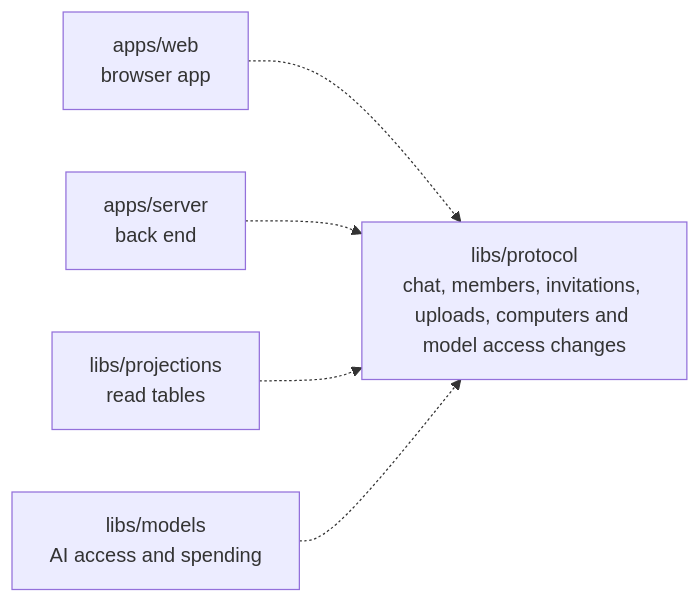
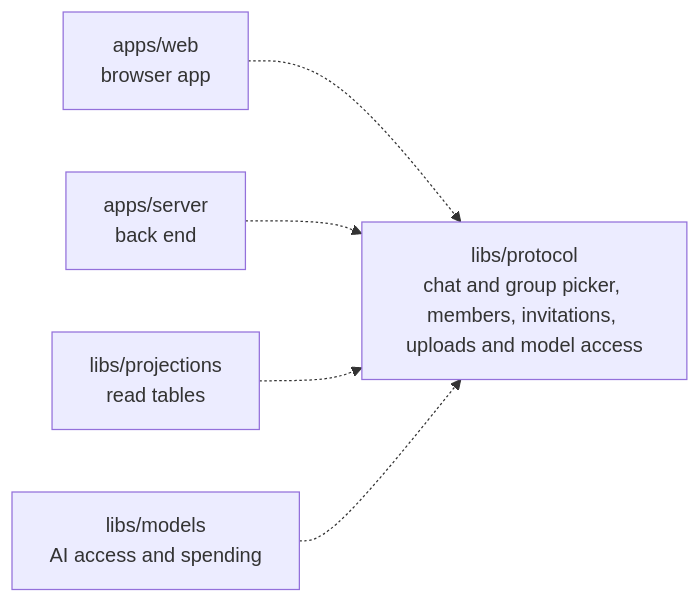
One commit to elewa-git/opencrane-new changed the diagram in libs/protocol/README.md. Above: the diagram before and after it, drawn with Mermaid. The commit also changed other lines of this file and 10 other files, not shown here.

Commit message:
👥 Let members create group chats from a reviewed audience

````diff
--- a/libs/protocol/README.md
+++ b/libs/protocol/README.md
@@ -11,7 +11,7 @@
 ```mermaid
 flowchart LR
-  web["apps/web<br/>browser app"] -.-> protocol["libs/protocol<br/>chat, members, invitations, uploads, computers and model access changes"]
+  web["apps/web<br/>browser app"] -.-> protocol["libs/protocol<br/>chat and group picker, members, invitations, uploads and model access"]
   server["apps/server<br/>back end"] -.-> protocol
   projections["libs/projections<br/>read tables"] -.-> protocol
   models["libs/models<br/>AI access and spending"] -.-> protocol
 ```
````
